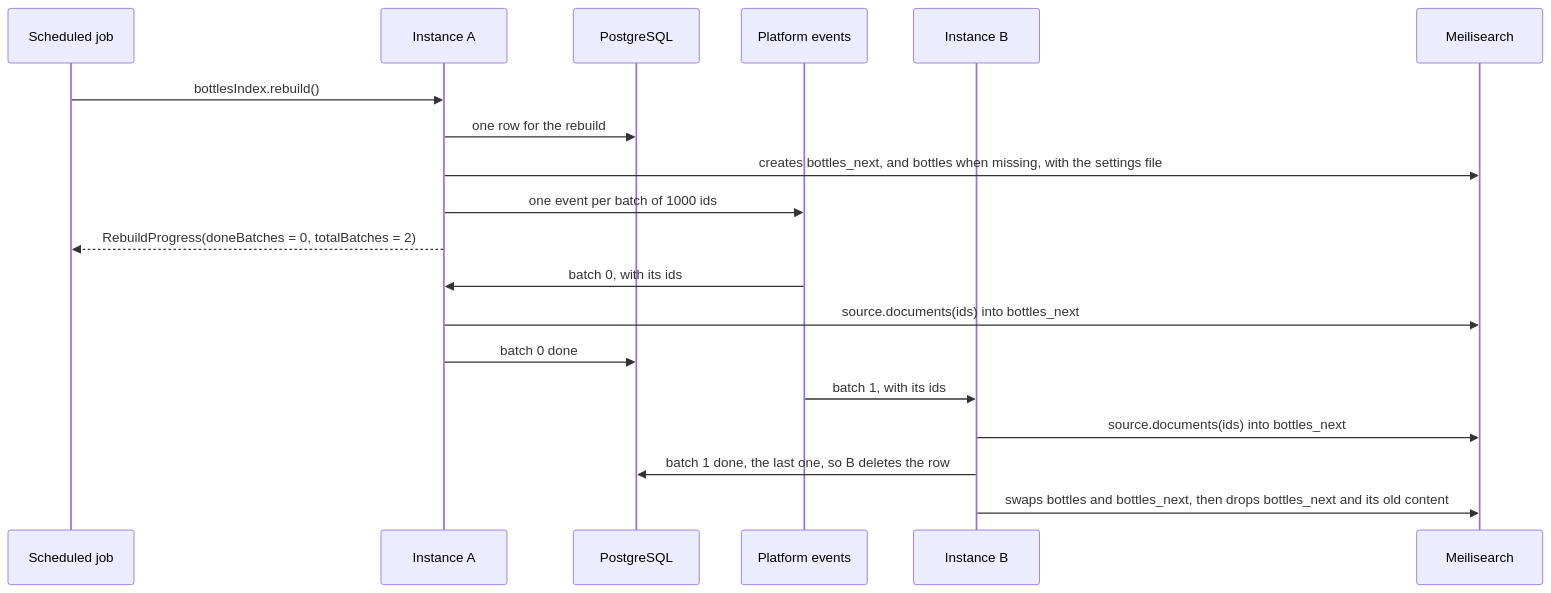
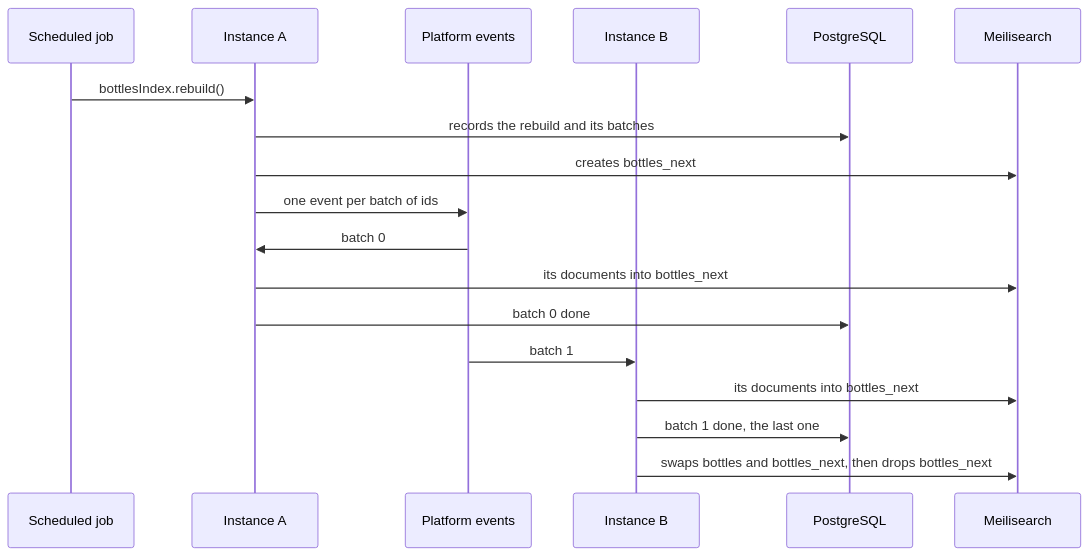
One commit to mboisnard/drinkit changed the second of 2 diagrams in tech-starters/backend/search-engine-starter/README.md. Above: the diagram before and after it, drawn with Mermaid. The commit also changed other lines of this file and 13 other files, not shown here.

First line of the commit message:
[TECH-STARTER] Shorten each starter README to its purpose, its key diagrams and its usage (#383)

````diff
--- a/tech-starters/backend/search-engine-starter/README.md
+++ b/tech-starters/backend/search-engine-starter/README.md
@@ -22,22 +63,20 @@
 ```mermaid
 sequenceDiagram
     participant Job as Scheduled job
     participant A as Instance A
-    participant DB as PostgreSQL
     participant Events as Platform events
     participant B as Instance B
+    participant DB as PostgreSQL
     participant Engine as Meilisearch
-
     Job->>A: bottlesIndex.rebuild()
-    A->>DB: one row for the rebuild
-    A->>Engine: creates bottles_next, and bottles when missing, with the settings file
-    A->>Events: one event per batch of 1000 ids
-    A-->>Job: RebuildProgress(doneBatches = 0, totalBatches = 2)
-    Events->>A: batch 0, with its ids
-    A->>Engine: source.documents(ids) into bottles_next
+    A->>DB: records the rebuild and its batches
+    A->>Engine: creates bottles_next
+    A->>Events: one event per batch of ids
+    Events->>A: batch 0
+    A->>Engine: its documents into bottles_next
     A->>DB: batch 0 done
-    Events->>B: batch 1, with its ids
-    B->>Engine: source.documents(ids) into bottles_next
-    B->>DB: batch 1 done, the last one, so B deletes the row
-    B->>Engine: swaps bottles and bottles_next, then drops bottles_next and its old content
+    Events->>B: batch 1
+    B->>Engine: its documents into bottles_next
+    B->>DB: batch 1 done, the last one
+    B->>Engine: swaps bottles and bottles_next, then drops bottles_next
 ```
````
